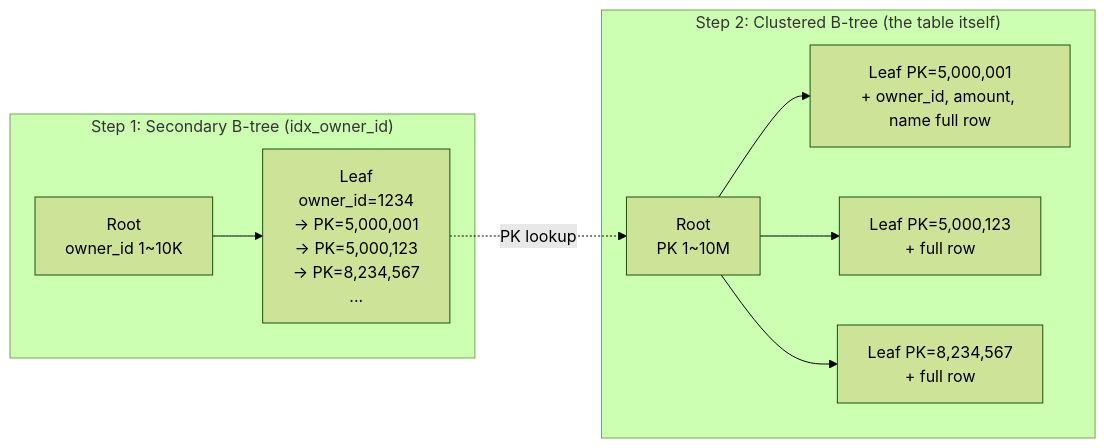
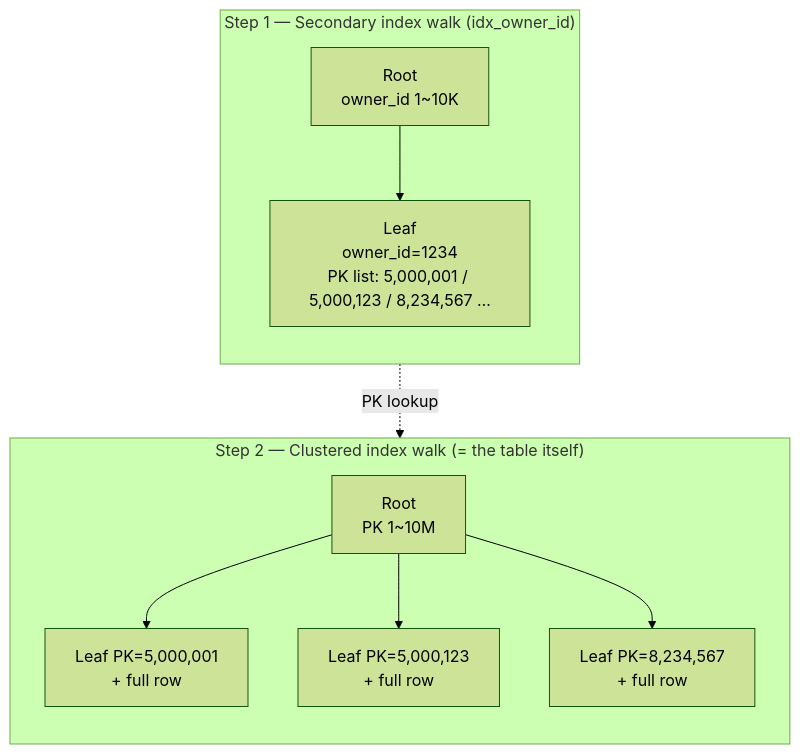
The second of 7 diagrams in src/data/blog/en/rdb-mastery-01-innodb-index-internals.md (PreAgile/astro-paper), drawn with Mermaid (forest theme) before and after one commit. The commit also changed other lines of this file and 10 other files, not shown here.

First line of the commit message:
docs(blog): 외부 독자 친화 — 내부 명세 자연어화 + 다이어그램/BIGINT 설명 보강 (11 files)

````diff
--- a/src/data/blog/en/rdb-mastery-01-innodb-index-internals.md
+++ b/src/data/blog/en/rdb-mastery-01-innodb-index-internals.md
@@ -176,20 +188,20 @@
 ```mermaid
-graph LR
-    subgraph "Step 1: Secondary B-tree (idx_owner_id)"
+graph TB
+    subgraph step1 ["Step 1 — Secondary index walk (idx_owner_id)"]
+        direction TB
         S_Root["Root<br/>owner_id 1~10K"]
-        S_L1["Leaf<br/>owner_id=1234<br/>→ PK=5,000,001<br/>→ PK=5,000,123<br/>→ PK=8,234,567<br/>..."]
+        S_L1["Leaf<br/>owner_id=1234<br/>PK list: 5,000,001 / 5,000,123 / 8,234,567 …"]
         S_Root --> S_L1
     end
-
-    subgraph "Step 2: Clustered B-tree (the table itself)"
+    subgraph step2 ["Step 2 — Clustered index walk (= the table itself)"]
+        direction TB
         C_Root["Root<br/>PK 1~10M"]
-        C_L1["Leaf PK=5,000,001<br/>+ owner_id, amount, name full row"]
+        C_L1["Leaf PK=5,000,001<br/>+ full row"]
         C_L2["Leaf PK=5,000,123<br/>+ full row"]
         C_L3["Leaf PK=8,234,567<br/>+ full row"]
         C_Root --> C_L1
         C_Root --> C_L2
         C_Root --> C_L3
     end
-
-    S_L1 -.PK lookup.-> C_Root
+    S_L1 -.->|PK lookup| C_Root
 ```
````
